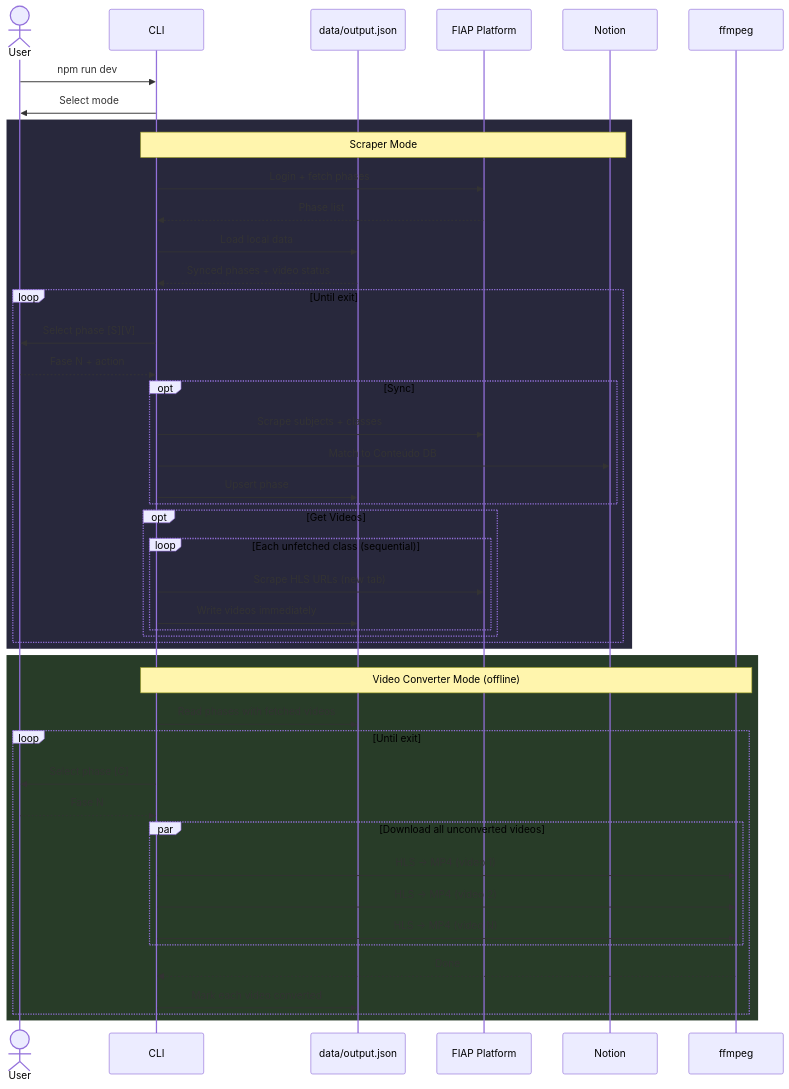
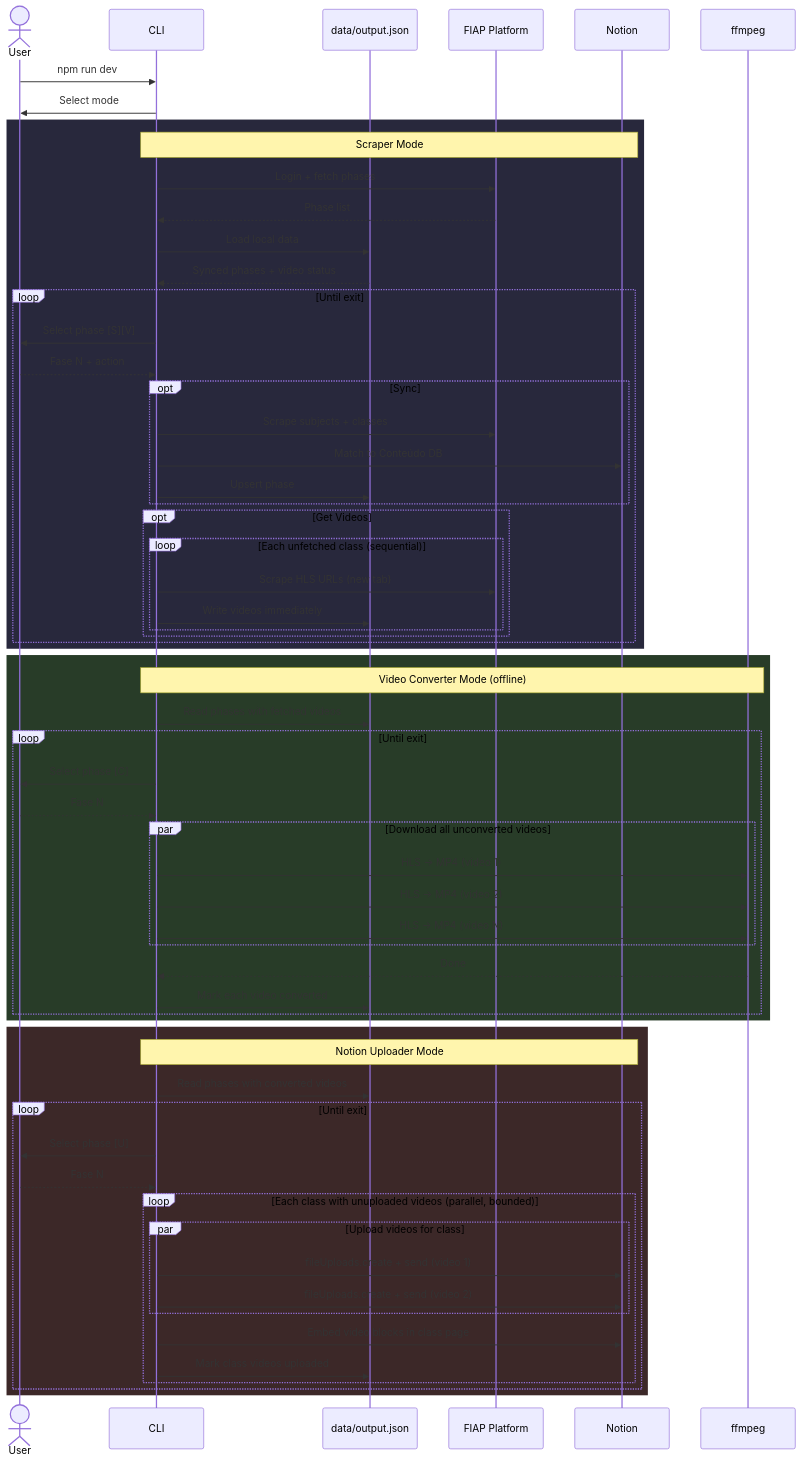
The first of 2 diagrams in README.md (K-Schaeffer/fiap-to-notion), drawn with Mermaid before and after one commit. The commit also changed other lines of this file and 1 other file, not shown here.

First line of the commit message:
docs: update README and CLAUDE.md for Notion Uploader

````diff
--- a/README.md
+++ b/README.md
@@ -24,56 +24,75 @@
 ```mermaid
 sequenceDiagram
     actor user as User
     participant cli as CLI
     participant state as data/output.json
     participant fiap as FIAP Platform
     participant notion as Notion
     participant ffmpeg as ffmpeg
 
     user->>cli: npm run dev
     cli->>user: Select mode
 
     rect rgb(40, 40, 60)
         Note over cli,notion: Scraper Mode
         cli->>fiap: Login + fetch phases
         fiap-->>cli: Phase list
         cli->>state: Load local data
         state-->>cli: Synced phases + video status
 
         loop Until exit
             cli->>user: Select phase [S][V]
             user-->>cli: Fase N + action
 
             opt Sync
                 cli->>fiap: Scrape subjects + classes
                 cli->>notion: Match to Conteúdo DB
                 cli->>state: Upsert phase
             end
 
             opt Get Videos
                 loop Each unfetched class (sequential)
                     cli->>fiap: Scrape HLS URLs (new tab)
                     cli->>state: Write videos immediately
                 end
             end
         end
     end
 
     rect rgb(40, 60, 40)
         Note over cli,ffmpeg: Video Converter Mode (offline)
         cli->>state: Read phases with fetched videos
 
         loop Until exit
             cli->>user: Select phase [C]
             user-->>cli: Fase N
 
             par Download all unconverted videos
                 cli->>ffmpeg: HLS → MP4 (video 1)
                 cli->>ffmpeg: HLS → MP4 (video 2)
                 cli->>ffmpeg: HLS → MP4 (video N)
             end
             ffmpeg-->>cli: Done
             cli->>state: Mark each video converted
         end
     end
+
+    rect rgb(60, 40, 40)
+        Note over cli,notion: Notion Uploader Mode
+        cli->>state: Read phases with converted videos
+
+        loop Until exit
+            cli->>user: Select phase [U]
+            user-->>cli: Fase N
+
+            loop Each class with unuploaded videos (parallel, bounded)
+                par Upload videos for class
+                    cli->>notion: fileUploads.create + send (video 1)
+                    cli->>notion: fileUploads.create + send (video 2)
+                end
+                cli->>notion: Embed video blocks in class page
+                cli->>state: Mark class videos uploaded
+            end
+        end
+    end
 ```
````
